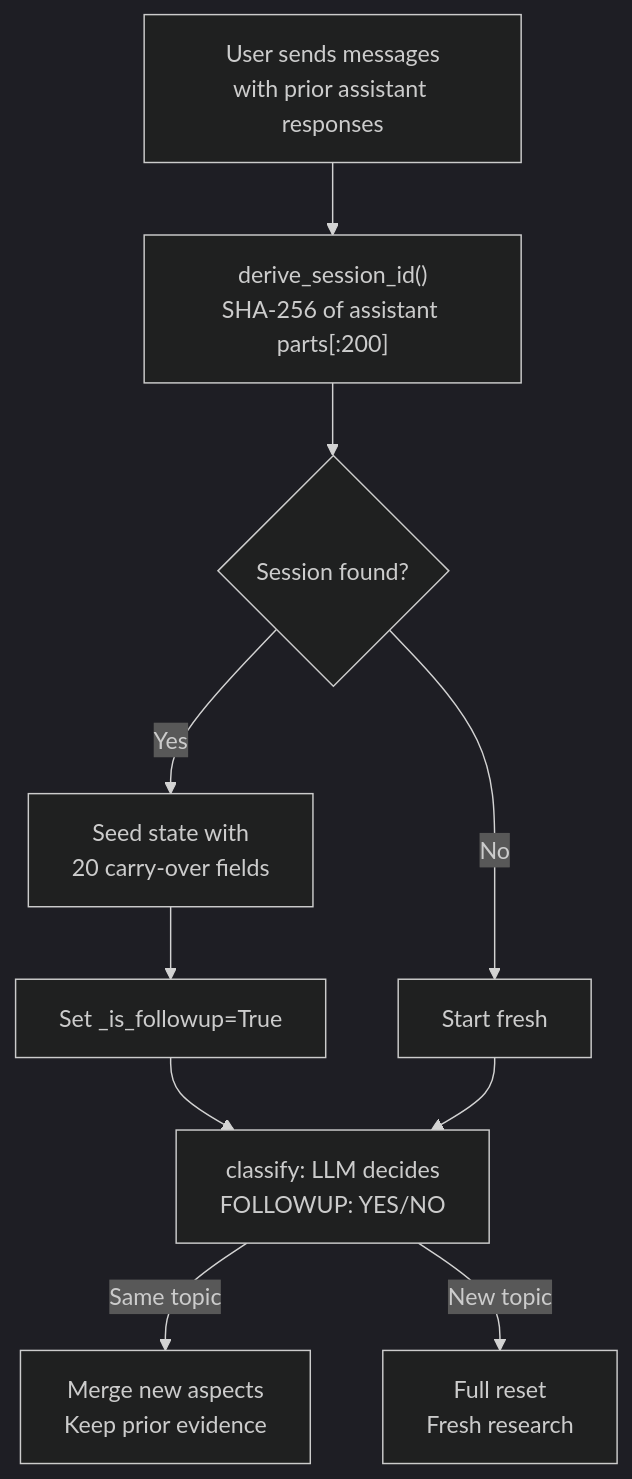
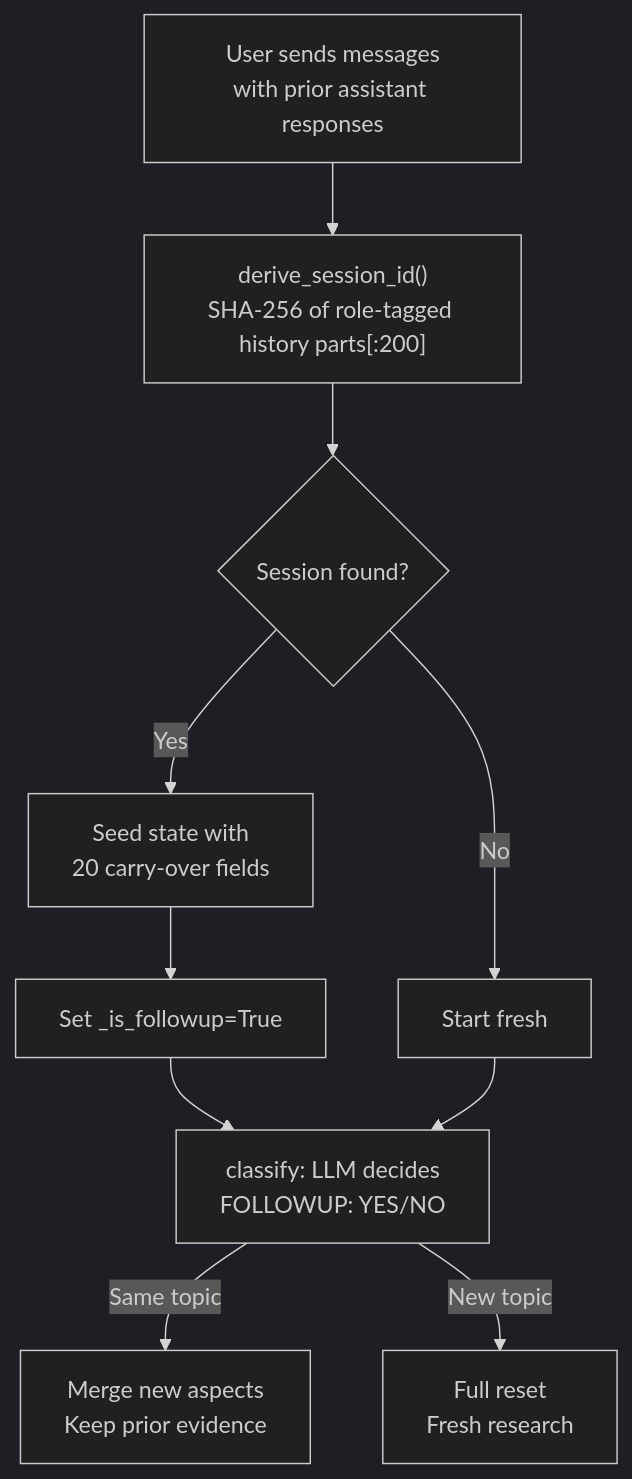
Diagram 14 of 14 in Agent-Architecture.md (BZandi/inqtrix), drawn with Mermaid (dark theme) before and after one commit. The commit also changed other lines of this file and 20 other files, not shown here.

````diff
--- a/Agent-Architecture.md
+++ b/Agent-Architecture.md
@@ -977,12 +977,12 @@
 ```mermaid
 flowchart TD
-    A["User sends messages<br/>with prior assistant responses"] --> B["derive_session_id()<br/>SHA-256 of assistant parts[:200]"]
+    A["User sends messages<br/>with prior assistant responses"] --> B["derive_session_id()<br/>SHA-256 of role-tagged history parts[:200]"]
     B --> C{"Session found?"}
     C -->|Yes| D["Seed state with<br/>20 carry-over fields"]
     D --> E["Set _is_followup=True"]
     E --> F["classify: LLM decides<br/>FOLLOWUP: YES/NO"]
     F -->|Same topic| G["Merge new aspects<br/>Keep prior evidence"]
     F -->|New topic| H["Full reset<br/>Fresh research"]
     C -->|No| I["Start fresh"]
     I --> F
 ```
````
